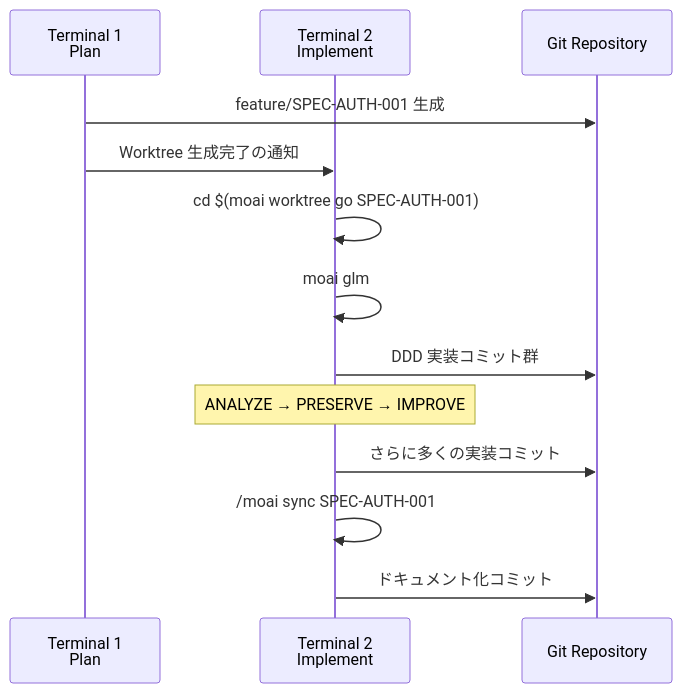
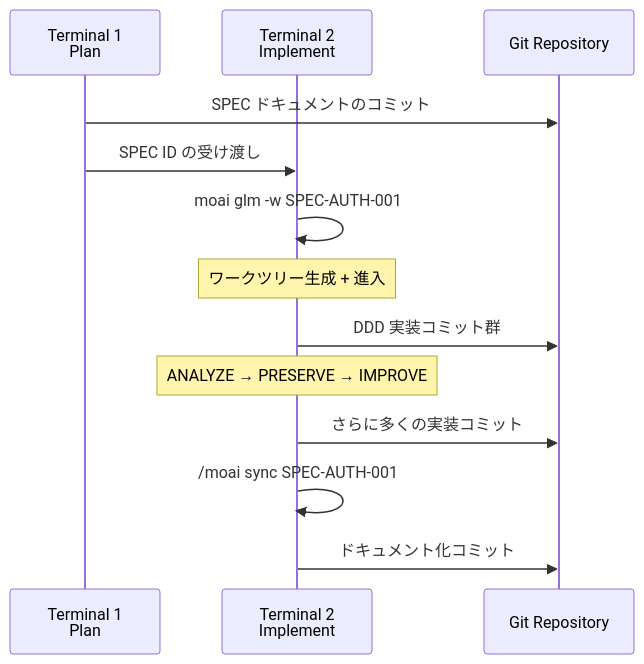
Before and after one commit to modu-ai/moai-adk: the fifth of 9 diagrams in docs-site/content/ja/worktree/guide.md, drawn with Mermaid. The commit also changed other lines of this file and 35 other files, not shown here.

````diff
--- a/docs-site/content/ja/worktree/guide.md
+++ b/docs-site/content/ja/worktree/guide.md
@@ -418,18 +425,18 @@
 ```mermaid
 sequenceDiagram
     participant T1 as Terminal 1<br/>Plan
     participant T2 as Terminal 2<br/>Implement
     participant Git as Git Repository
 
-    T1->>Git: feature/SPEC-AUTH-001 生成
-    T1->>T2: Worktree 生成完了の通知
+    T1->>Git: SPEC ドキュメントのコミット
+    T1->>T2: SPEC ID の受け渡し
 
-    T2->>T2: cd $(moai worktree go SPEC-AUTH-001)
-    T2->>T2: moai glm
+    T2->>T2: moai glm -w SPEC-AUTH-001
+    Note over T2: ワークツリー生成 + 進入
     T2->>Git: DDD 実装コミット群
     Note over T2: ANALYZE → PRESERVE → IMPROVE
 
     T2->>Git: さらに多くの実装コミット
     T2->>T2: /moai sync SPEC-AUTH-001
     T2->>Git: ドキュメント化コミット
 ```
````
